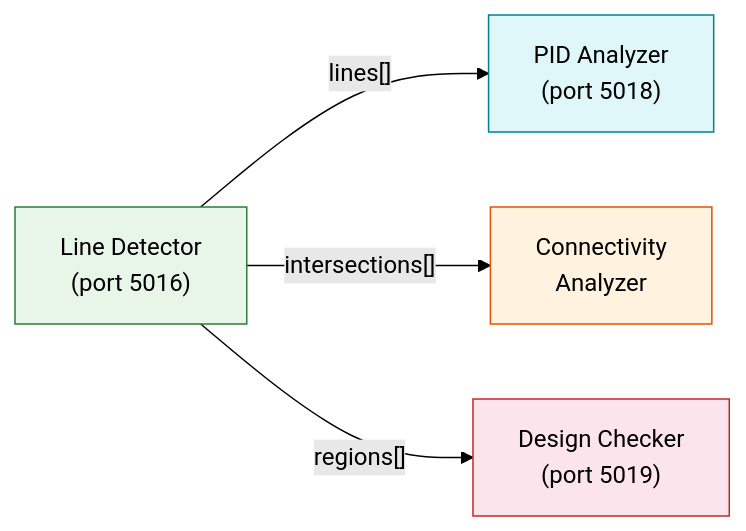
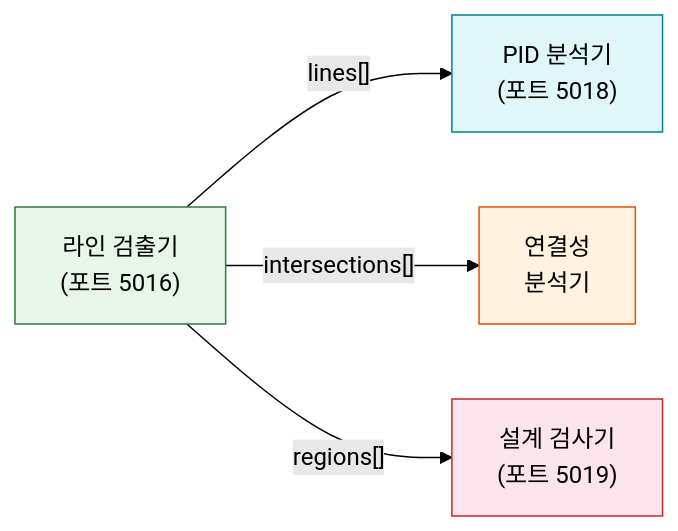
The diagram in docs-site/docs/pid-analysis/line-detection.md (uprootai/AX_OCR), drawn with Mermaid (forest theme) before and after one commit. The commit also changed other lines of this file and 64 other files, not shown here.

````diff
--- a/docs-site/docs/pid-analysis/line-detection.md
+++ b/docs-site/docs/pid-analysis/line-detection.md
@@ -193,16 +193,16 @@
 ```mermaid
 flowchart LR
-    LD["Line Detector\n(port 5016)"]
-    PA["PID Analyzer\n(port 5018)"]
-    CA["Connectivity\nAnalyzer"]
-    DC["Design Checker\n(port 5019)"]
+    LD["라인 검출기\n(포트 5016)"]
+    PA["PID 분석기\n(포트 5018)"]
+    CA["연결성\n분석기"]
+    DC["설계 검사기\n(포트 5019)"]
 
     LD -->|"lines[]"| PA
     LD -->|"intersections[]"| CA
     LD -->|"regions[]"| DC
 
     style LD fill:#e8f5e9,stroke:#2e7d32
     style PA fill:#e0f7fa,stroke:#00838f
     style CA fill:#fff3e0,stroke:#e65100
     style DC fill:#fce4ec,stroke:#c62828
 ```
````
